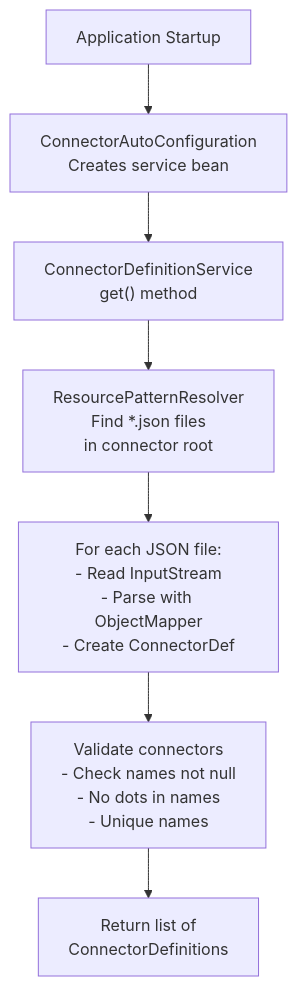
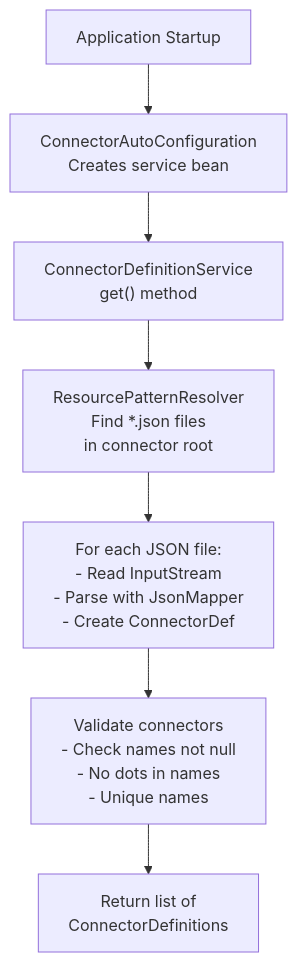
Before and after one commit to CaptainGlac1er/activiti-documentation: the second of 2 diagrams in docs/activiti/api-reference/core-common/spring-connector.mdx, drawn with Mermaid. The commit also changed other lines of this file and 91 other files, not shown here.

````diff
--- a/docs/activiti/api-reference/core-common/spring-connector.mdx
+++ b/docs/activiti/api-reference/core-common/spring-connector.mdx
@@ -89,11 +89,11 @@
 ```mermaid
 flowchart TD
     AS["Application Startup"]
     CAC["ConnectorAutoConfiguration<br/>Creates service bean"]
     CDS["ConnectorDefinitionService<br/>get() method"]
     RPR["ResourcePatternResolver<br/>Find *.json files<br/>in connector root"]
-    EACH["For each JSON file:<br/>- Read InputStream<br/>- Parse with ObjectMapper<br/>- Create ConnectorDef"]
+    EACH["For each JSON file:<br/>- Read InputStream<br/>- Parse with JsonMapper<br/>- Create ConnectorDef"]
     VAL["Validate connectors<br/>- Check names not null<br/>- No dots in names<br/>- Unique names"]
     RET["Return list of<br/>ConnectorDefinitions"]
     AS --> CAC --> CDS --> RPR --> EACH --> VAL --> RET
 ```
````
